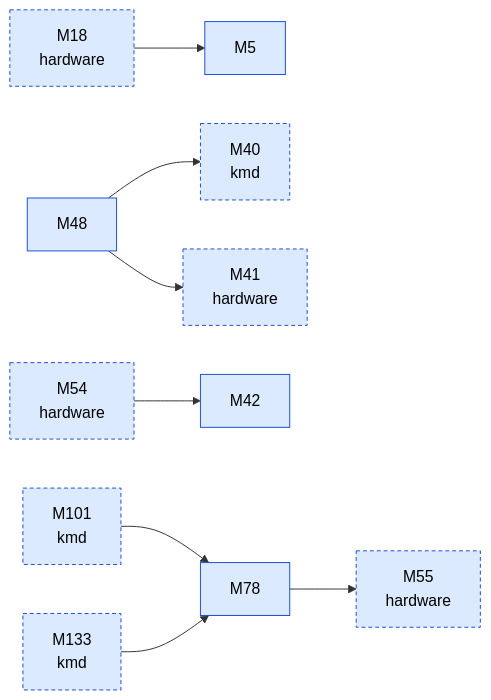
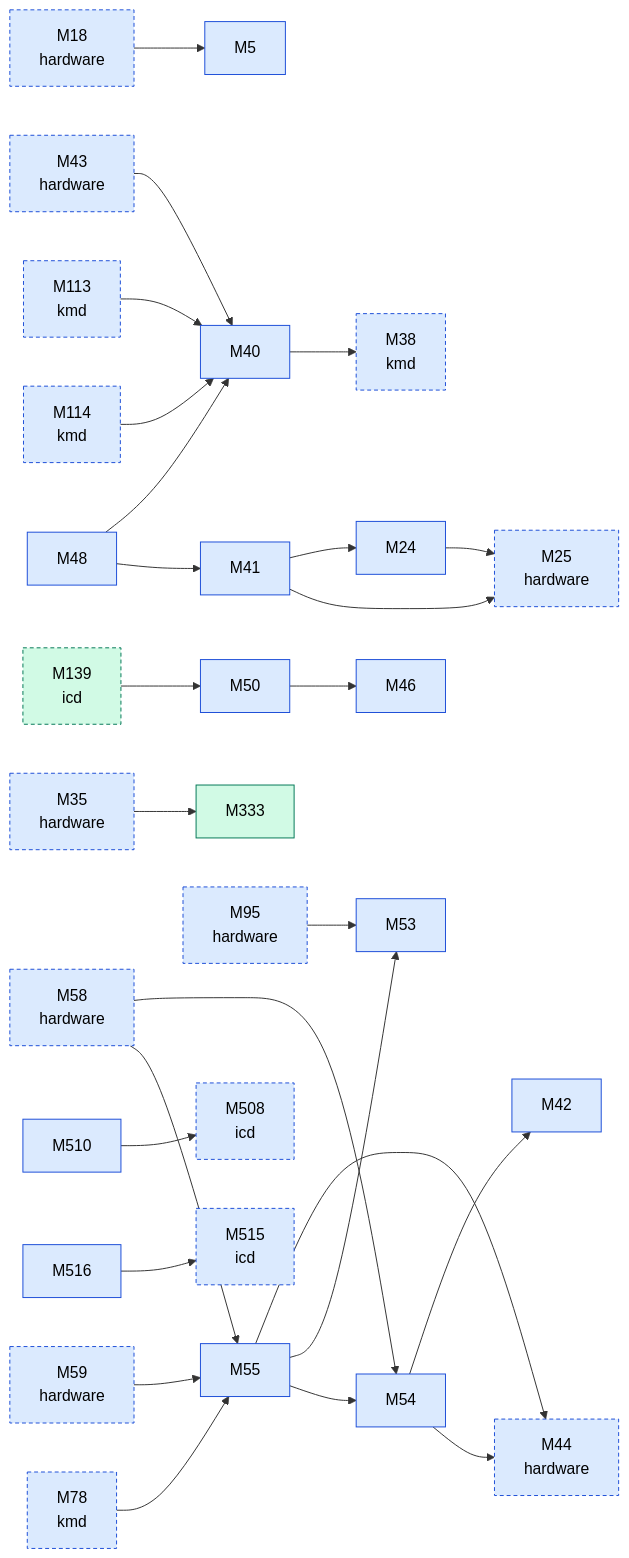
The second of 2 diagrams in docs/facts/graphs/linux.md (D-Ogi/amdgpu-wddm), drawn with Mermaid before and after one commit. The commit also changed other lines of this file and 27 other files, not shown here.

````diff
--- a/docs/facts/graphs/linux.md
+++ b/docs/facts/graphs/linux.md
@@ -34,27 +40,63 @@
 ```mermaid
 flowchart LR
   M5["M5"]:::MEASURED
   M18["M18<br/>hardware"]:::MEASURED
-  M40["M40<br/>kmd"]:::MEASURED
-  M41["M41<br/>hardware"]:::MEASURED
+  M24["M24"]:::MEASURED
+  M25["M25<br/>hardware"]:::MEASURED
+  M35["M35<br/>hardware"]:::MEASURED
+  M38["M38<br/>kmd"]:::MEASURED
+  M40["M40"]:::MEASURED
+  M41["M41"]:::MEASURED
   M42["M42"]:::MEASURED
+  M43["M43<br/>hardware"]:::MEASURED
+  M44["M44<br/>hardware"]:::MEASURED
+  M46["M46"]:::MEASURED
   M48["M48"]:::MEASURED
-  M54["M54<br/>hardware"]:::MEASURED
-  M55["M55<br/>hardware"]:::MEASURED
-  M78["M78"]:::MEASURED
-  M101["M101<br/>kmd"]:::MEASURED
-  M133["M133<br/>kmd"]:::MEASURED
+  M50["M50"]:::MEASURED
+  M53["M53"]:::MEASURED
+  M54["M54"]:::MEASURED
+  M55["M55"]:::MEASURED
+  M58["M58<br/>hardware"]:::MEASURED
+  M59["M59<br/>hardware"]:::MEASURED
+  M78["M78<br/>kmd"]:::MEASURED
+  M95["M95<br/>hardware"]:::MEASURED
+  M113["M113<br/>kmd"]:::MEASURED
+  M114["M114<br/>kmd"]:::MEASURED
+  M139["M139<br/>icd"]:::CONFIRMED
+  M333["M333"]:::CONFIRMED
+  M508["M508<br/>icd"]:::MEASURED
+  M510["M510"]:::MEASURED
+  M515["M515<br/>icd"]:::MEASURED
+  M516["M516"]:::MEASURED
   M18 --> M5
-  M54 --> M42
-  M101 --> M78
-  M133 --> M78
+  M35 --> M333
+  M43 --> M40
+  M58 --> M54
+  M58 --> M55
+  M59 --> M55
+  M95 --> M53
+  M78 --> M55
+  M113 --> M40
+  M114 --> M40
+  M139 --> M50
+  M24 --> M25
+  M40 --> M38
+  M41 --> M24
+  M41 --> M25
   M48 --> M40
   M48 --> M41
-  M78 --> M55
+  M50 --> M46
+  M54 --> M42
+  M54 --> M44
+  M55 --> M44
+  M55 --> M53
+  M55 --> M54
+  M510 --> M508
+  M516 --> M515
   classDef HYPOTHESIS fill:#fff3c4,stroke:#9a7b00,color:#000
   classDef MEASURED fill:#dbeafe,stroke:#1d4ed8,color:#000
   classDef CONFIRMED fill:#d1fae5,stroke:#047857,color:#000
   classDef REFUTED fill:#fee2e2,stroke:#b91c1c,color:#000
   classDef other stroke-dasharray:4 3
-  class M18,M40,M41,M54,M55,M101,M133 other
+  class M18,M25,M35,M38,M43,M44,M58,M59,M78,M95,M113,M114,M139,M508,M515 other
 ```
````
